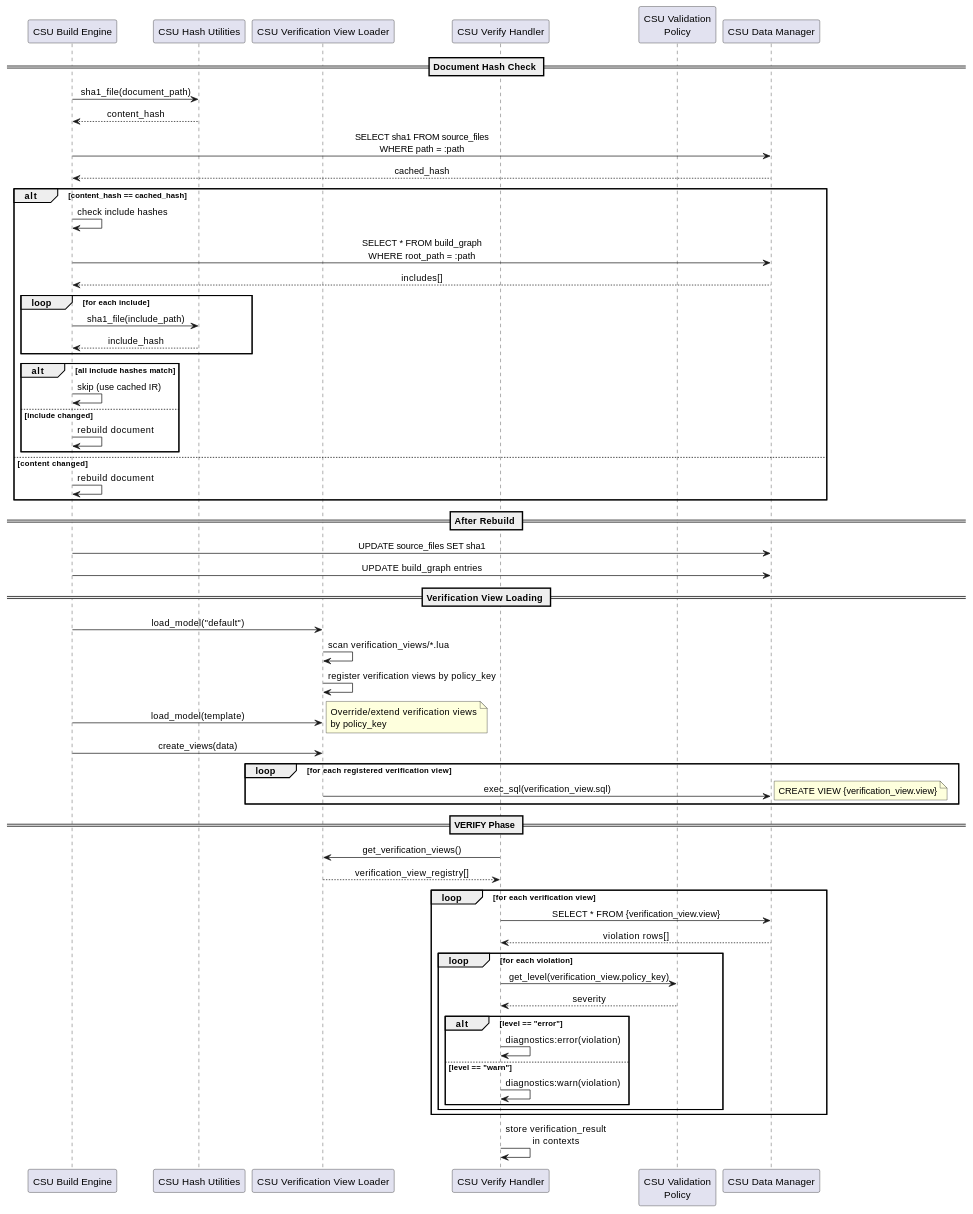
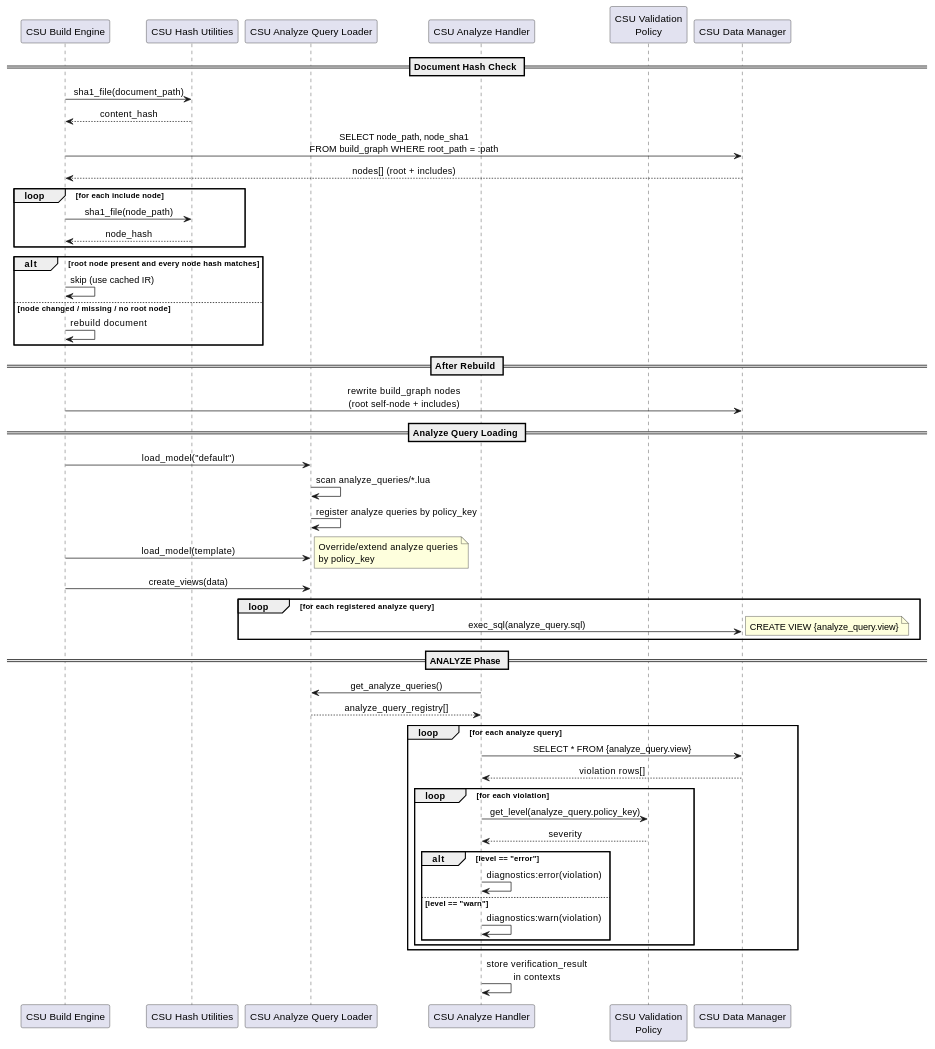
The diagram in docs/engineering_docs/architecture/audit_design.md (SpecIR/SpecCompiler), drawn with PlantUML before and after one commit. The commit also changed other lines of this file and 159 other files, not shown here.

````diff
--- a/docs/engineering_docs/architecture/audit_design.md
+++ b/docs/engineering_docs/architecture/audit_design.md
@@ -189,79 +175,70 @@
 ```puml:fd-006-audit{caption="Audit and Integrity: Build Caching and Verification"}
 @startuml
 skinparam backgroundColor #FFFFFF
 skinparam sequenceMessageAlign center
 
 participant "CSU Build Engine" as E
 participant "CSU Hash Utilities" as H
-participant "CSU Verification View Loader" as PL
-participant "CSU Verify Handler" as VH
+participant "CSU Analyze Query Loader" as PL
+participant "CSU Analyze Handler" as VH
 participant "CSU Validation\nPolicy" as VP
 participant "CSU Data Manager" as DB
 
 == Document Hash Check ==
 E -> H: sha1_file(document_path)
 H --> E: content_hash
 
-E -> DB: SELECT sha1 FROM source_files\nWHERE path = :path
-DB --> E: cached_hash
+E -> DB: SELECT node_path, node_sha1\nFROM build_graph WHERE root_path = :path
+DB --> E: nodes[] (root + includes)
 
-alt content_hash == cached_hash
-    E -> E: check include hashes
-    E -> DB: SELECT * FROM build_graph\nWHERE root_path = :path
-    DB --> E: includes[]
+loop for each include node
+    E -> H: sha1_file(node_path)
+    H --> E: node_hash
+end
 
-    loop for each include
-        E -> H: sha1_file(include_path)
-        H --> E: include_hash
-    end
-
-    alt all include hashes match
-        E -> E: skip (use cached IR)
-    else include changed
-        E -> E: rebuild document
-    end
-else content changed
+alt root node present and every node hash matches
+    E -> E: skip (use cached IR)
+else node changed / missing / no root node
     E -> E: rebuild document
 end
 
 == After Rebuild ==
-E -> DB: UPDATE source_files SET sha1
-E -> DB: UPDATE build_graph entries
+E -> DB: rewrite build_graph nodes\n(root self-node + includes)
 
-== Verification View Loading ==
+== Analyze Query Loading ==
 E -> PL: load_model("default")
-PL -> PL: scan verification_views/*.lua
-PL -> PL: register verification views by policy_key
+PL -> PL: scan analyze_queries/*.lua
+PL -> PL: register analyze queries by policy_key
 
 E -> PL: load_model(template)
-note right: Override/extend verification views\nby policy_key
+note right: Override/extend analyze queries\nby policy_key
 
 E -> PL: create_views(data)
-loop for each registered verification view
-    PL -> DB: exec_sql(verification_view.sql)
-    note right: CREATE VIEW {verification_view.view}
+loop for each registered analyze query
+    PL -> DB: exec_sql(analyze_query.sql)
+    note right: CREATE VIEW {analyze_query.view}
 end
 
-== VERIFY Phase ==
-VH -> PL: get_verification_views()
-PL --> VH: verification_view_registry[]
+== ANALYZE Phase ==
+VH -> PL: get_analyze_queries()
+PL --> VH: analyze_query_registry[]
 
-loop for each verification view
-    VH -> DB: SELECT * FROM {verification_view.view}
+loop for each analyze query
+    VH -> DB: SELECT * FROM {analyze_query.view}
     DB --> VH: violation rows[]
 
     loop for each violation
-        VH -> VP: get_level(verification_view.policy_key)
+        VH -> VP: get_level(analyze_query.policy_key)
         VP --> VH: severity
 
         alt level == "error"
             VH -> VH: diagnostics:error(violation)
         else level == "warn"
             VH -> VH: diagnostics:warn(violation)
         end
     end
 end
 
 VH -> VH: store verification_result\nin contexts
 @enduml
 ```
````
